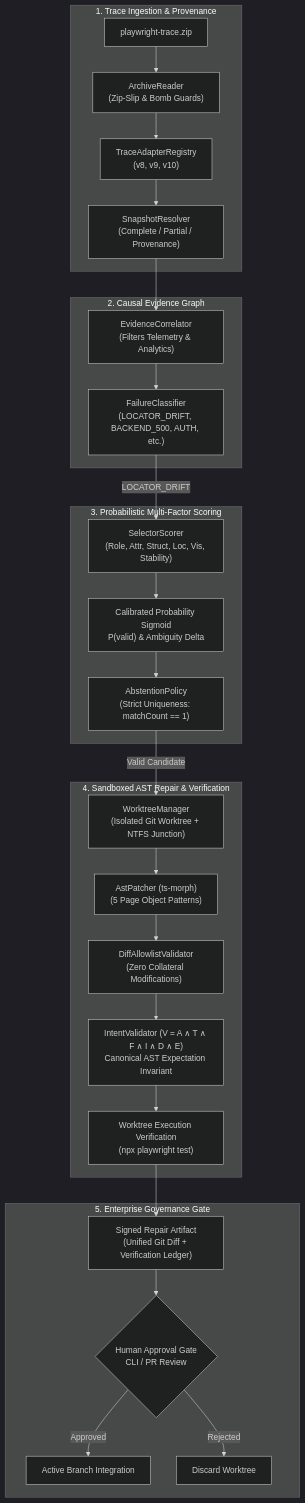
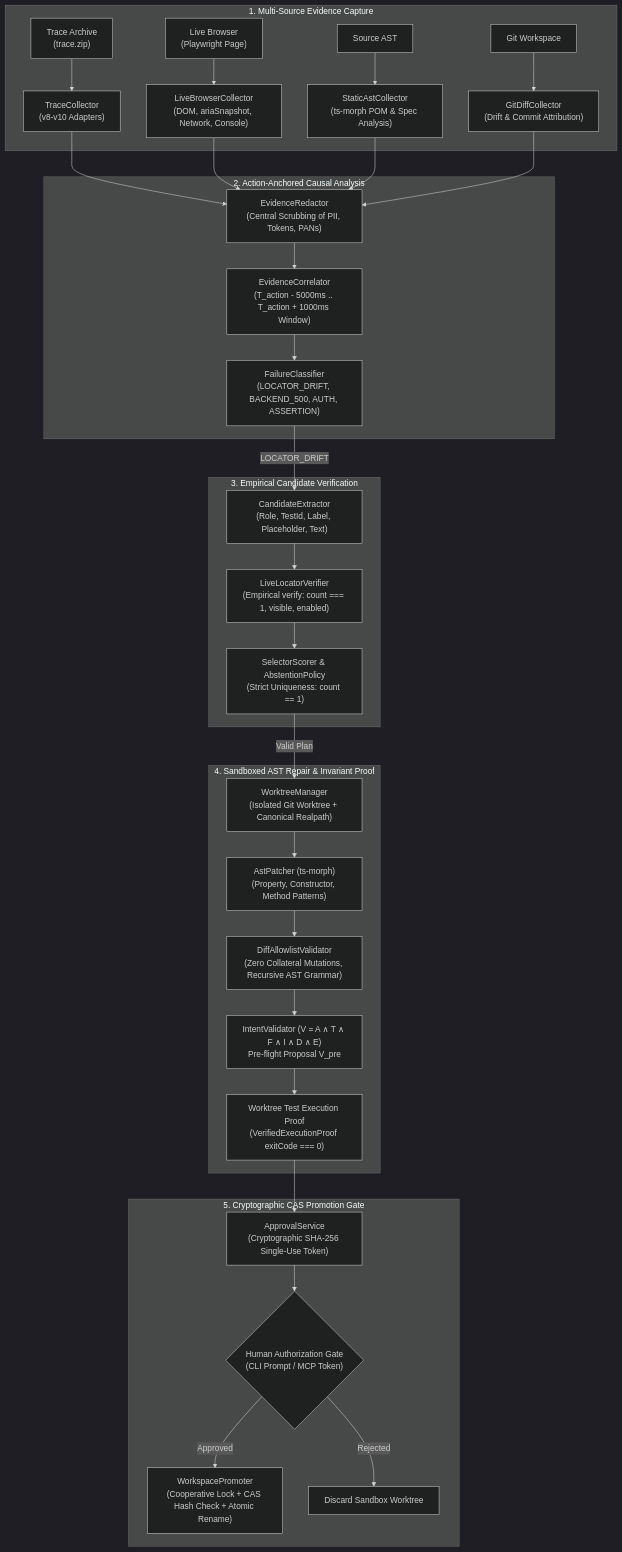
Before and after one commit to lst2121/playwright-intelligence-engine: the diagram in README.md, drawn with Mermaid (dark theme). The commit also changed other lines of this file and 64 other files, not shown here.

````diff
--- a/README.md
+++ b/README.md
@@ -30,34 +31,36 @@
 ```mermaid
 flowchart TD
-    subgraph Ingestion["1. Trace Ingestion & Provenance"]
-        TraceZip["playwright-trace.zip"] --> ArchiveSec["ArchiveReader\n(Zip-Slip & Bomb Guards)"]
-        ArchiveSec --> TraceReg["TraceAdapterRegistry\n(v8, v9, v10)"]
-        TraceReg --> SnapResolver["SnapshotResolver\n(Complete / Partial / Provenance)"]
+    subgraph MultiSource["1. Multi-Source Evidence Capture"]
+        TraceZip["Trace Archive\n(trace.zip)"] --> TraceColl["TraceCollector\n(v8-v10 Adapters)"]
+        LiveBrowser["Live Browser\n(Playwright Page)"] --> LiveColl["LiveBrowserCollector\n(DOM, ariaSnapshot, Network, Console)"]
+        StaticCode["Source AST"] --> StaticColl["StaticAstCollector\n(ts-morph POM & Spec Analysis)"]
+        GitTree["Git Workspace"] --> GitColl["GitDiffCollector\n(Drift & Commit Attribution)"]
     end
 
-    subgraph Diagnostics["2. Causal Evidence Graph"]
-        SnapResolver --> EvidenceGraph["EvidenceCorrelator\n(Filters Telemetry & Analytics)"]
-        EvidenceGraph --> Classifier["FailureClassifier\n(LOCATOR_DRIFT, BACKEND_500, AUTH, etc.)"]
+    subgraph Diagnostics["2. Action-Anchored Causal Analysis"]
+        TraceColl & LiveColl & StaticColl & GitColl --> Redactor["EvidenceRedactor\n(Central Scrubbing of PII, Tokens, PANs)"]
+        Redactor --> Correlator["EvidenceCorrelator\n(T_action - 5000ms .. T_action + 1000ms Window)"]
+        Correlator --> Classifier["FailureClassifier\n(LOCATOR_DRIFT, BACKEND_500, AUTH, ASSERTION)"]
     end
 
-    subgraph Intelligence["3. Probabilistic Multi-Factor Scoring"]
-        Classifier -->|LOCATOR_DRIFT| Scorer["SelectorScorer\n(Role, Attr, Struct, Loc, Vis, Stability)"]
-        Scorer --> CalibratedSigmoid["Calibrated Probability Sigmoid\nP(valid) & Ambiguity Delta"]
-        CalibratedSigmoid --> AbstentionGate["AbstentionPolicy\n(Strict Uniqueness: matchCount == 1)"]
+    subgraph Intelligence["3. Empirical Candidate Verification"]
+        Classifier -->|LOCATOR_DRIFT| Extractor["CandidateExtractor\n(Role, TestId, Label, Placeholder, Text)"]
+        Extractor --> LiveVerifier["LiveLocatorVerifier\n(Empirical verify: count === 1, visible, enabled)"]
+        LiveVerifier --> Scorer["SelectorScorer & AbstentionPolicy\n(Strict Uniqueness: count == 1)"]
     end
 
-    subgraph Repair["4. Sandboxed AST Repair & Verification"]
-        AbstentionGate -->|Valid Candidate| Worktree["WorktreeManager\n(Isolated Git Worktree + NTFS Junction)"]
-        Worktree --> ASTPatcher["AstPatcher (ts-morph)\n(5 Page Object Patterns)"]
-        ASTPatcher --> DiffAllowlist["DiffAllowlistValidator\n(Zero Collateral Modifications)"]
-        DiffAllowlist --> IntentV2["IntentValidator (V = A ∧ T ∧ F ∧ I ∧ D ∧ E)\nCanonical AST Expectation Invariant"]
-        IntentV2 --> ExecutionVerification["Worktree Execution Verification\n(npx playwright test)"]
+    subgraph Isolation["4. Sandboxed AST Repair & Invariant Proof"]
+        Scorer -->|Valid Plan| Worktree["WorktreeManager\n(Isolated Git Worktree + Canonical Realpath)"]
+        Worktree --> ASTPatcher["AstPatcher (ts-morph)\n(Property, Constructor, Method Patterns)"]
+        ASTPatcher --> DiffAllowlist["DiffAllowlistValidator\n(Zero Collateral Mutations, Recursive AST Grammar)"]
+        DiffAllowlist --> IntentV2["IntentValidator (V = A ∧ T ∧ F ∧ I ∧ D ∧ E)\nPre-flight Proposal V_pre"]
+        IntentV2 --> ExecutionVerification["Worktree Test Execution Proof\n(VerifiedExecutionProof exitCode === 0)"]
     end
 
-    subgraph Approval["5. Enterprise Governance Gate"]
-        ExecutionVerification --> SignedArtifact["Signed Repair Artifact\n(Unified Git Diff + Verification Ledger)"]
-        SignedArtifact --> HumanReview{"Human Approval Gate\nCLI / PR Review"}
-        HumanReview -->|Approved| ActiveBranch["Active Branch Integration"]
-        HumanReview -->|Rejected| Discard["Discard Worktree"]
+    subgraph Governance["5. Cryptographic CAS Promotion Gate"]
+        ExecutionVerification --> Approval["ApprovalService\n(Cryptographic SHA-256 Single-Use Token)"]
+        Approval --> HumanGate{"Human Authorization Gate\n(CLI Prompt / MCP Token)"}
+        HumanGate -->|Approved| Promoter["WorkspacePromoter\n(Cooperative Lock + CAS Hash Check + Atomic Rename)"]
+        HumanGate -->|Rejected| Discard["Discard Sandbox Worktree"]
     end
 ```
````
